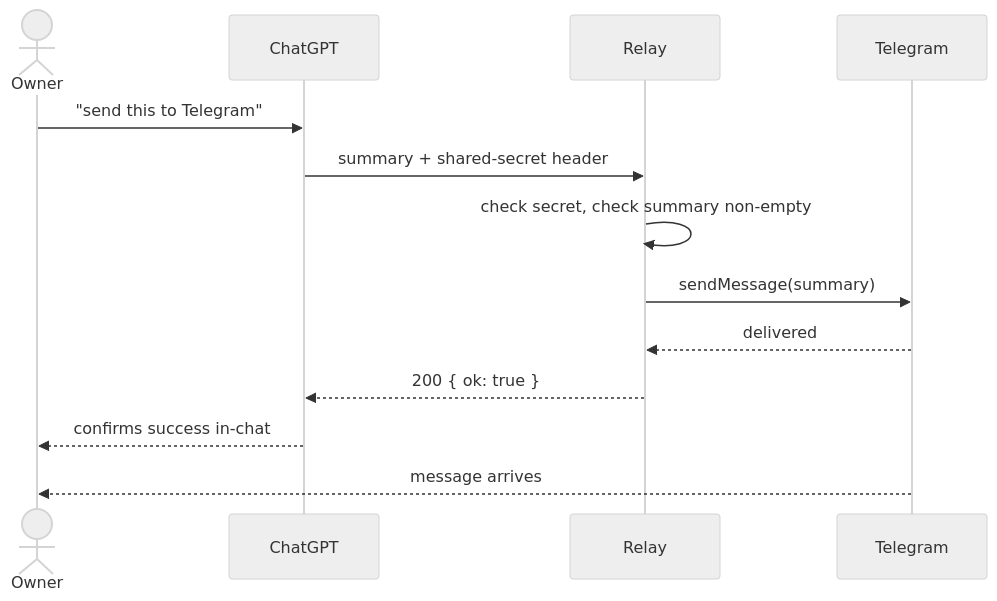
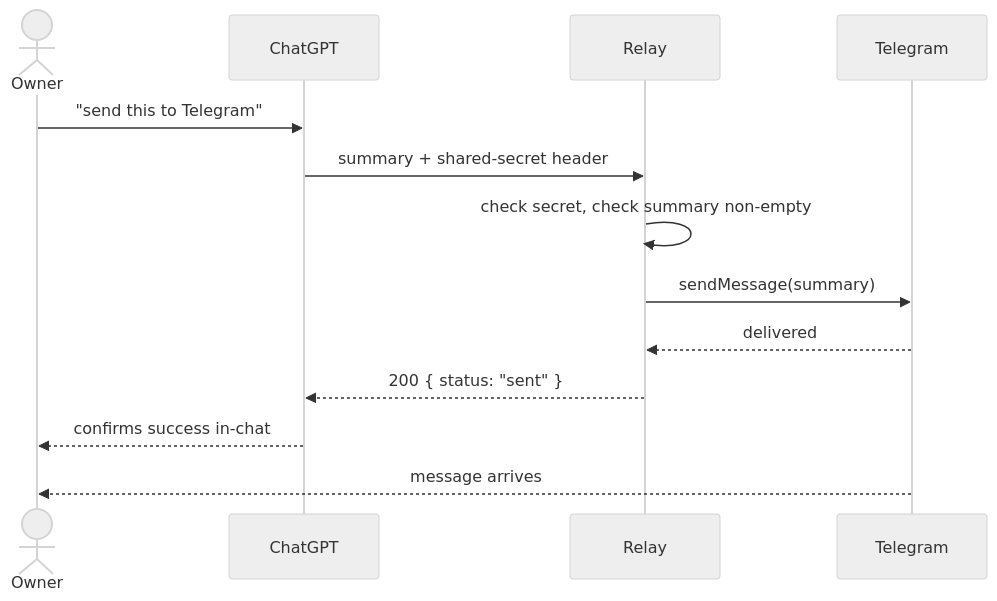
The third of 4 diagrams in docs/features/chat-brief-telegram/sad.md (associate2coder/chat-brief-telegram), drawn with Mermaid (neutral theme) before and after one commit. The commit also changed other lines of this file and 1 other file, not shown here.

First line of the commit message:
design: chat-brief-telegram finalization (critic pass)

````diff
--- a/docs/features/chat-brief-telegram/sad.md
+++ b/docs/features/chat-brief-telegram/sad.md
@@ -200,16 +201,16 @@
 ```mermaid
 sequenceDiagram
     actor Owner
     participant ChatGPT
     participant Relay
     participant Telegram
 
     Owner->>ChatGPT: "send this to Telegram"
     ChatGPT->>Relay: summary + shared-secret header
     Relay->>Relay: check secret, check summary non-empty
     Relay->>Telegram: sendMessage(summary)
     Telegram-->>Relay: delivered
-    Relay-->>ChatGPT: 200 { ok: true }
+    Relay-->>ChatGPT: 200 { status: "sent" }
     ChatGPT-->>Owner: confirms success in-chat
     Telegram-->>Owner: message arrives
 ```
````
